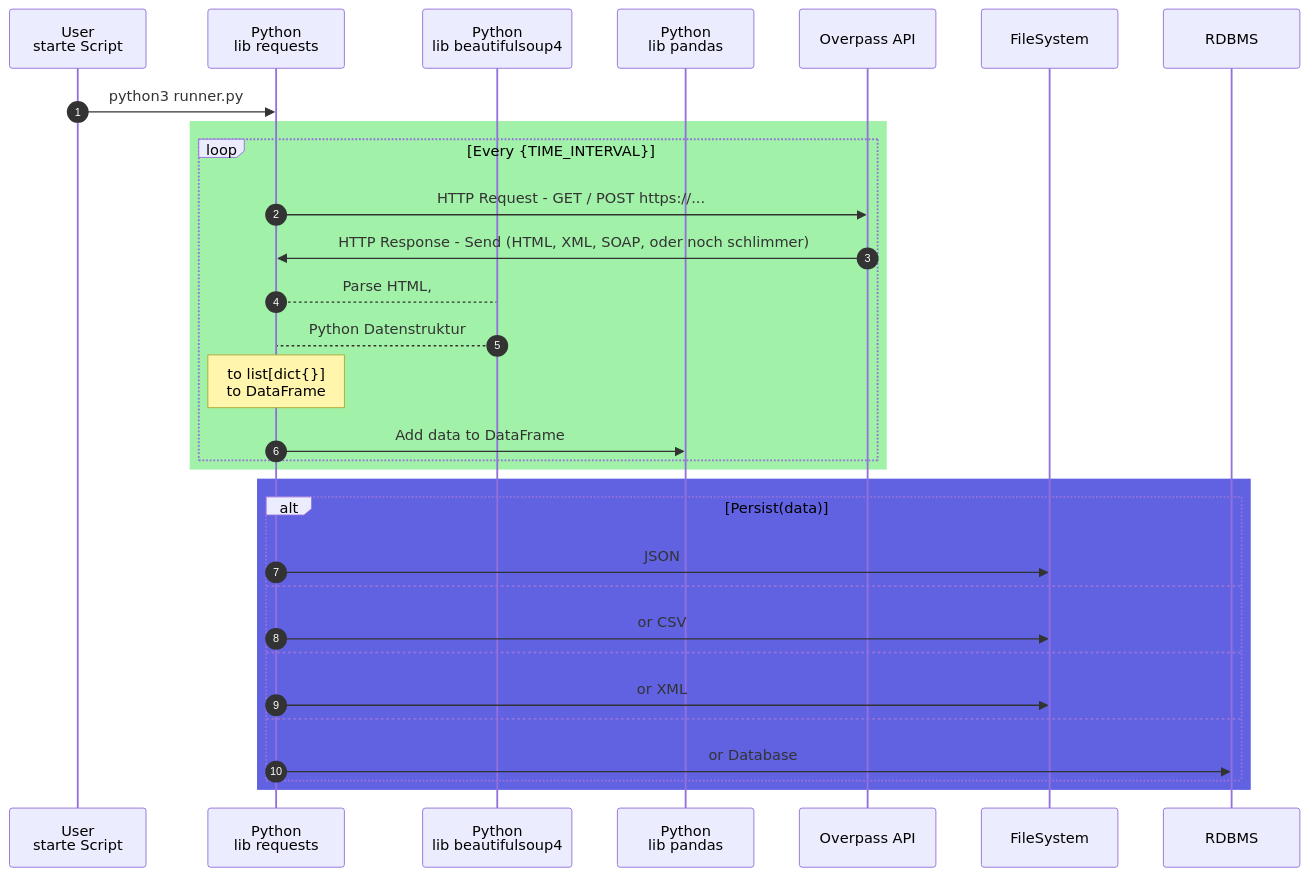
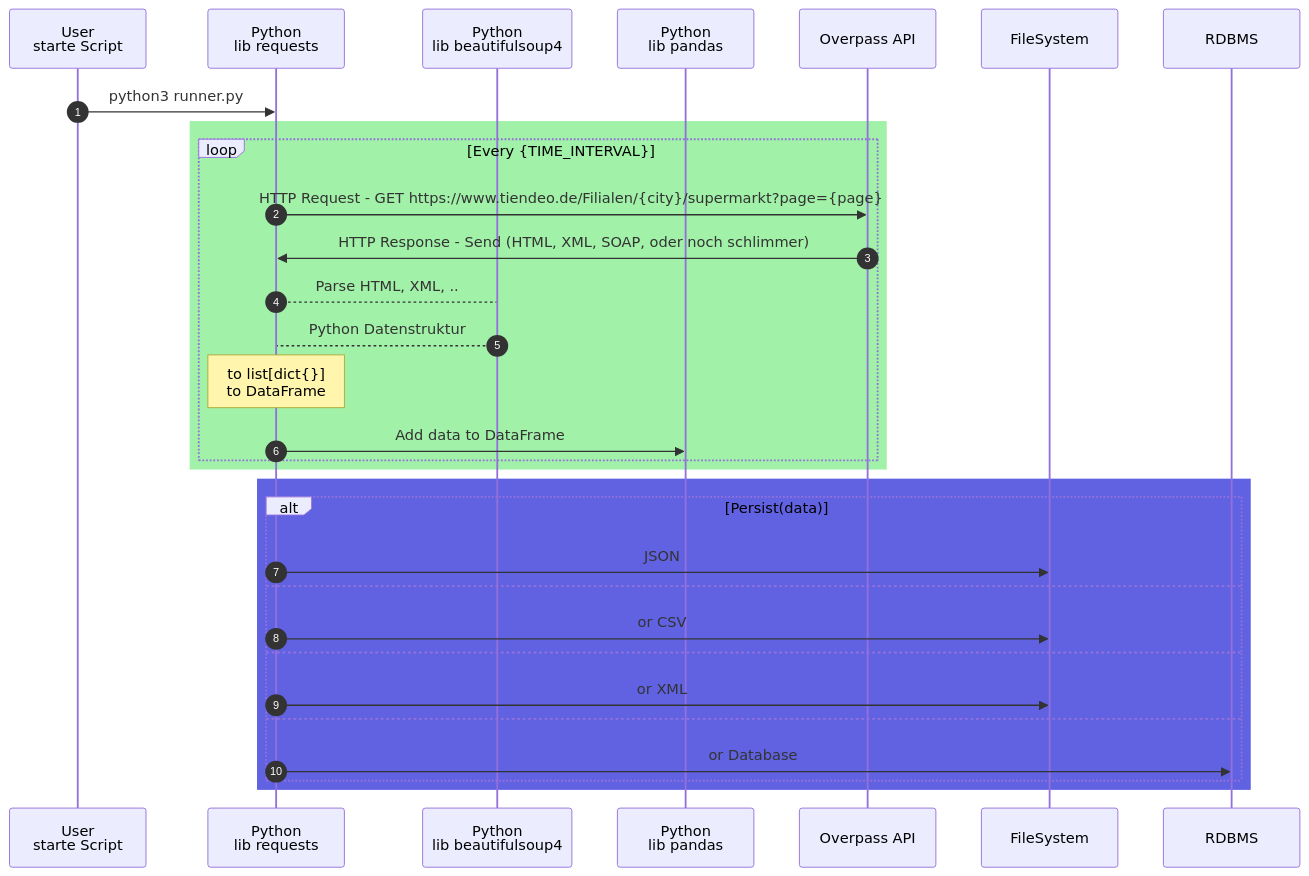
One commit to nevsglueckauf/high_five changed the first of 2 diagrams in proj_doq/scraping.md. Above: the diagram before and after it, drawn with Mermaid. The commit also changed 1 other file, not shown here.

Commit message:
Doq und Scripts zu Webscraping

````diff
--- a/proj_doq/scraping.md
+++ b/proj_doq/scraping.md
@@ -3,33 +3,33 @@
 ```mermaid
 sequenceDiagram
     autonumber
     participant Usr as User<br/>starte Script
     participant Py as Python<br/>lib requests
     participant SP as Python<br/> lib beautifulsoup4 
     participant pd as Python<br/>lib pandas
     participant Webserver as Overpass API
     Usr->>Py:python3 runner.py
     rect rgb(161, 241, 168)
         loop Every {TIME_INTERVAL}
             
-            Py->>Webserver: HTTP Request - GET / POST https://...
+            Py->>Webserver: HTTP Request - GET  https://www.tiendeo.de/Filialen/{city}/supermarkt?page={page}
             Webserver->>Py: HTTP Response - Send (HTML, XML, SOAP, oder noch schlimmer)
-            Py-->SP: Parse HTML, 
+            Py-->SP: Parse HTML, XML, ..
             SP-->Py: Python Datenstruktur
             note over Py: to list[dict{}]<br/>to DataFrame
             Py->>pd: Add data to DataFrame
         end
     end
     rect rgb(96, 98, 226)
         alt Persist(data)
             Py->>FileSystem: JSON 
         else 
             Py->>FileSystem: or CSV 
         else 
             Py->>FileSystem: or XML 
         else 
             Py->>RDBMS: or Database 
         end
     end    
 
 ```
````
